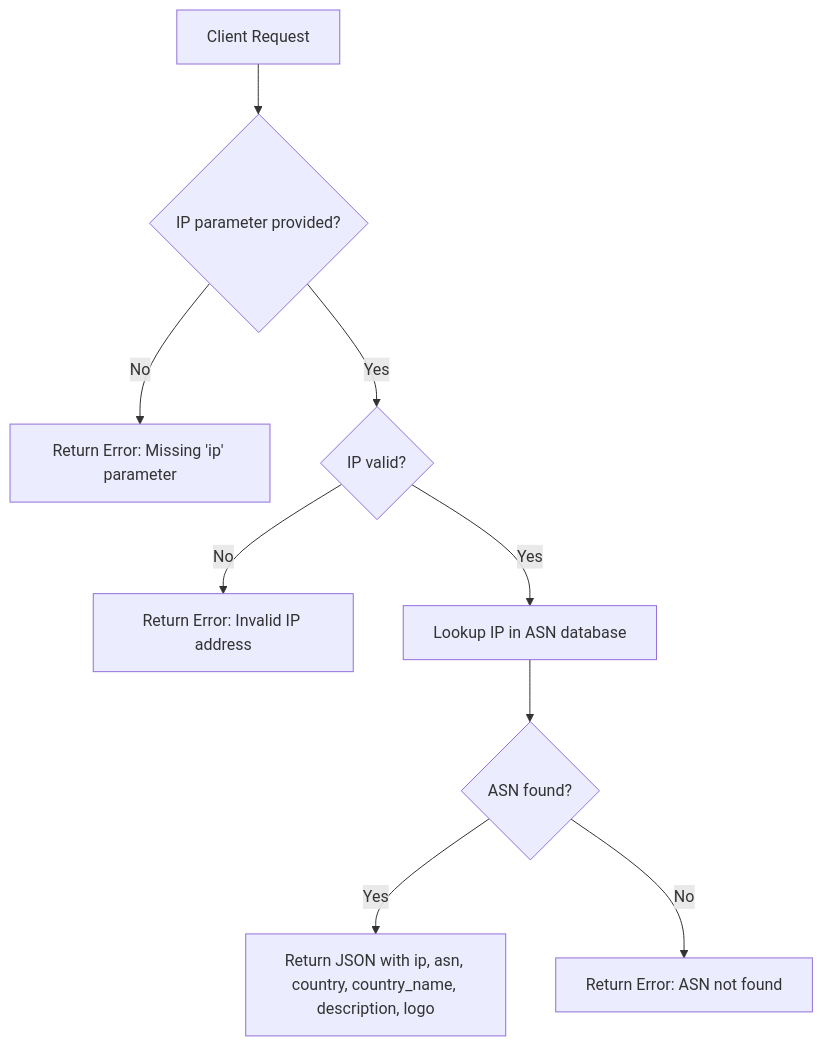
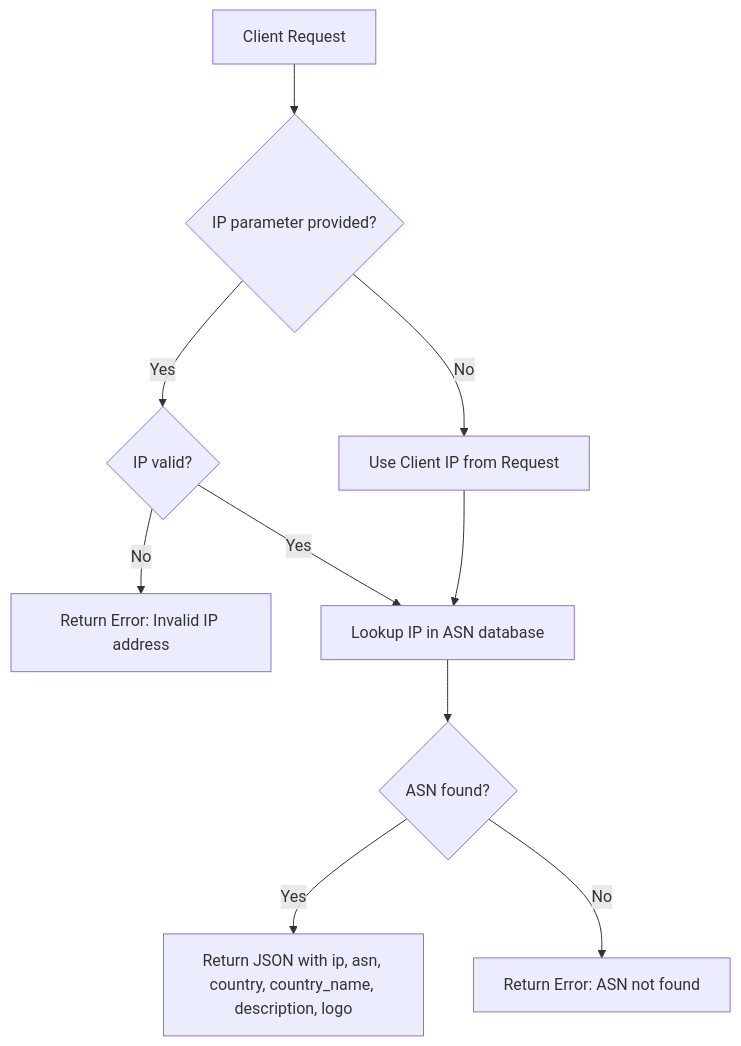
One commit to Tizian-Maxime-Weigt/IP-to-ASN-and-Whois-API changed the diagram in README.md. Above: the diagram before and after it, drawn with Mermaid. The commit also changed other lines of this file, not shown here.

````diff
--- a/README.md
+++ b/README.md
@@ -80,11 +81,12 @@
 ```mermaid
 flowchart TD
     A[Client Request] --> B{IP parameter provided?}
-    B -- No --> C[Return Error: Missing 'ip' parameter]
+    B -- No --> F2[Use Client IP from Request]
     B -- Yes --> D{IP valid?}
     D -- No --> E[Return Error: Invalid IP address]
     D -- Yes --> F[Lookup IP in ASN database]
+    F2 --> F
     F --> G{ASN found?}
     G -- Yes --> H[Return JSON with ip, asn, country, country_name, description, logo]
     G -- No --> I[Return Error: ASN not found]
 ```
````
